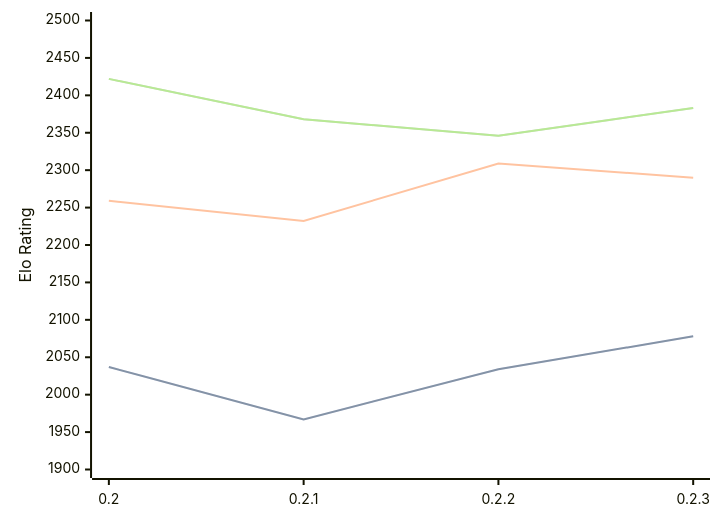
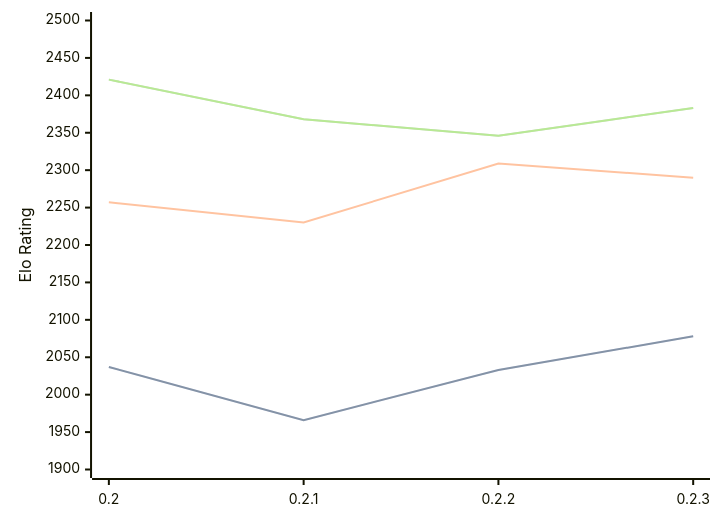
Before and after one commit to computer-chess-index/cci: the diagram in engines/Lolbot.md, drawn with Mermaid. The commit also changed other lines of this file, not shown here.

Commit message:
Update CCI Ratings (ELO VLTC) - 2026-02-14

````diff
--- a/engines/Lolbot.md
+++ b/engines/Lolbot.md
@@ -32,11 +32,11 @@
 ```mermaid
 %%{init: {"theme":"base","themeVariables":{"seriesColors:['#a3a3a3','#222221','#faa371']}}}%%
 xychart-beta
   x-axis ["0.2", "0.2.1", "0.2.2", "0.2.3"]
   y-axis "Elo Rating" 1900 --> 2500
-  line "STC (8.0+0.08s)" [2037, 1967, 2034, 2078]
-  line "STC (8.0+0.08s)" [2037, 1967, 2034, 2078]
-  line "LTC (60.0+0.60s)" [2259, 2232, 2309, 2290]
-  line "VLTC (2m24s+1.12s)" [2422, 2368, 2346, 2383]
-  line "VLTC (2m24s+1.12s)" [2422, 2368, 2346, 2383]
+  line "STC (8.0+0.08s)" [2037, 1966, 2033, 2078]
+  line "STC (8.0+0.08s)" [2037, 1966, 2033, 2078]
+  line "LTC (60.0+0.60s)" [2257, 2230, 2309, 2290]
+  line "VLTC (2m24s+1.12s)" [2421, 2368, 2346, 2383]
+  line "VLTC (2m24s+1.12s)" [2421, 2368, 2346, 2383]
 ```
````
